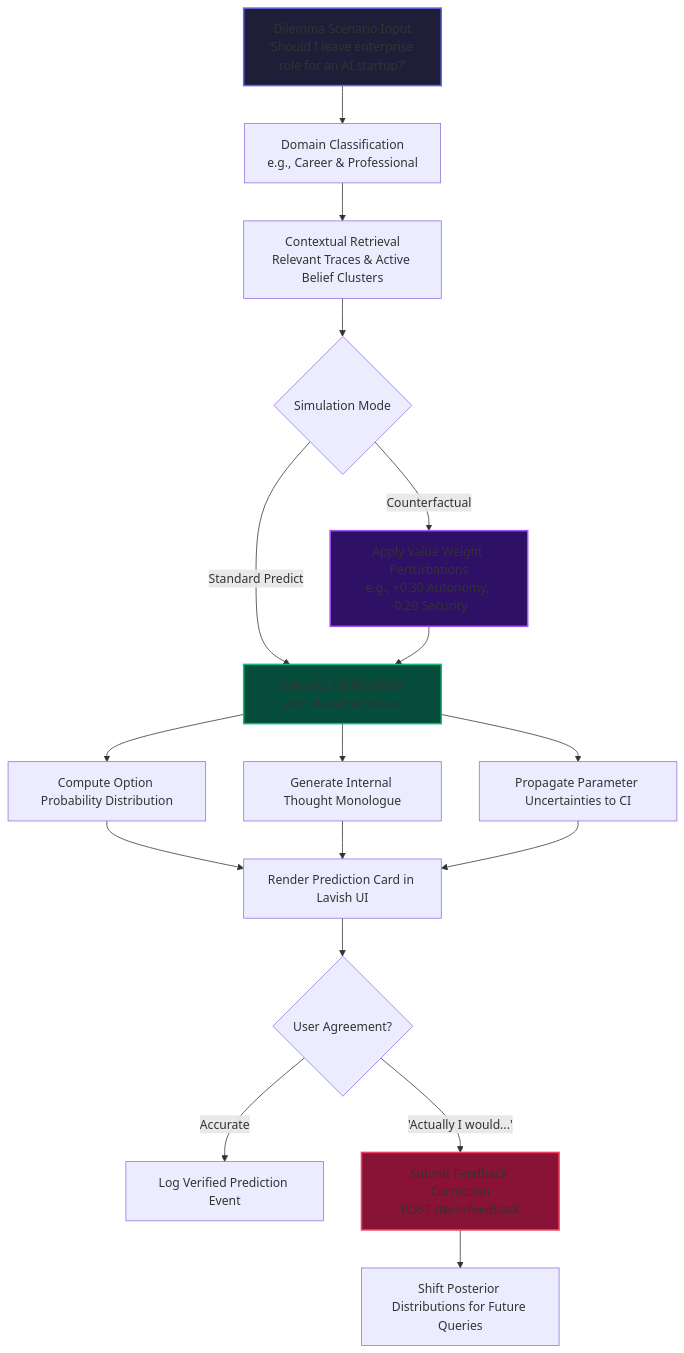
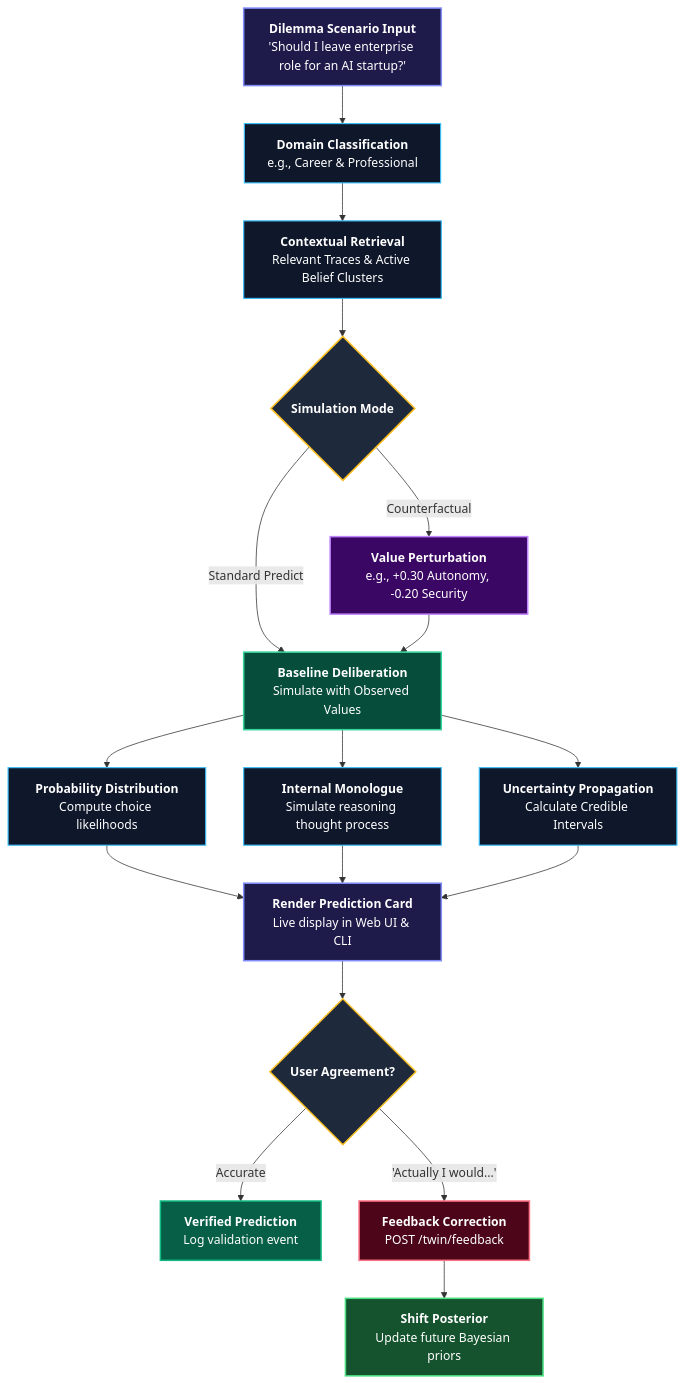
The third of 5 diagrams in README.md (Yaldram81/personal-digital-twin), drawn with Mermaid before and after one commit. The commit also changed other lines of this file, not shown here.

Commit message:
readme updated

````diff
--- a/README.md
+++ b/README.md
@@ -183,28 +183,41 @@
 ```mermaid
 flowchart TD
-    Q[Dilemma Scenario Input\n'Should I leave enterprise role for an AI startup?'] --> D[Domain Classification\ne.g., Career & Professional]
-    D --> R[Contextual Retrieval\nRelevant Traces & Active Belief Clusters]
+    Q["<b>Dilemma Scenario Input</b><br/>'Should I leave enterprise role for an AI startup?'"] --> D["<b>Domain Classification</b><br/>e.g., Career & Professional"]
+    D --> R["<b>Contextual Retrieval</b><br/>Relevant Traces & Active Belief Clusters"]
     
-    R --> S{Simulation Mode}
-    S -->|Standard Predict| SIM[Simulate Deliberation with Baseline Values]
-    S -->|Counterfactual| PERTURB[Apply Value Weight Perturbations\ne.g., +0.30 Autonomy, -0.20 Security]
+    R --> S{"<b>Simulation Mode</b>"}
+    S -->|Standard Predict| SIM["<b>Baseline Deliberation</b><br/>Simulate with Observed Values"]
+    S -->|Counterfactual| PERTURB["<b>Value Perturbation</b><br/>e.g., +0.30 Autonomy, -0.20 Security"]
     
     PERTURB --> SIM
-    SIM --> MONO[Generate Internal Thought Monologue]
-    SIM --> PROB[Compute Option Probability Distribution]
-    SIM --> UNC[Propagate Parameter Uncertainties to CI]
+    SIM --> MONO["<b>Internal Monologue</b><br/>Simulate reasoning thought process"]
+    SIM --> PROB["<b>Probability Distribution</b><br/>Compute choice likelihoods"]
+    SIM --> UNC["<b>Uncertainty Propagation</b><br/>Calculate Credible Intervals"]
     
-    PROB --> DISP[Render Prediction Card in Lavish UI]
+    PROB --> DISP["<b>Render Prediction Card</b><br/>Live display in Web UI & CLI"]
     MONO --> DISP
     UNC --> DISP
     
-    DISP --> FB{User Agreement?}
-    FB -->|Accurate| ACC[Log Verified Prediction Event]
-    FB -->|'Actually I would...'| CORR[Submit Feedback Correction\nPOST /twin/feedback]
-    CORR --> POSTERIOR[Shift Posterior Distributions for Future Queries]
+    DISP --> FB{"<b>User Agreement?</b>"}
+    FB -->|Accurate| ACC["<b>Verified Prediction</b><br/>Log validation event"]
+    FB -->|'Actually I would...'| CORR["<b>Feedback Correction</b><br/>POST /twin/feedback"]
+    CORR --> POSTERIOR["<b>Shift Posterior</b><br/>Update future Bayesian priors"]
 
-    style Q fill:#1e1e38,stroke:#6366f1,stroke-width:2px;
-    style PERTURB fill:#2e1065,stroke:#a855f7,stroke-width:2px;
-    style SIM fill:#064e3b,stroke:#10b981,stroke-width:2px;
-    style CORR fill:#881337,stroke:#f43f5e,stroke-width:2px;
+    classDef primary fill:#1e1b4b,stroke:#818cf8,stroke-width:2px,color:#ffffff;
+    classDef process fill:#0f172a,stroke:#38bdf8,stroke-width:1.5px,color:#ffffff;
+    classDef decision fill:#1e293b,stroke:#fbbf24,stroke-width:2px,color:#ffffff;
+    classDef simulate fill:#064e3b,stroke:#34d399,stroke-width:2px,color:#ffffff;
+    classDef perturb fill:#3b0764,stroke:#c084fc,stroke-width:2px,color:#ffffff;
+    classDef success fill:#065f46,stroke:#10b981,stroke-width:2px,color:#ffffff;
+    classDef alert fill:#4c0519,stroke:#fb7185,stroke-width:2px,color:#ffffff;
+    classDef update fill:#14532d,stroke:#4ade80,stroke-width:2px,color:#ffffff;
+
+    class Q,DISP primary;
+    class D,R,MONO,PROB,UNC process;
+    class S,FB decision;
+    class SIM simulate;
+    class PERTURB perturb;
+    class ACC success;
+    class CORR alert;
+    class POSTERIOR update;
 ```
````
